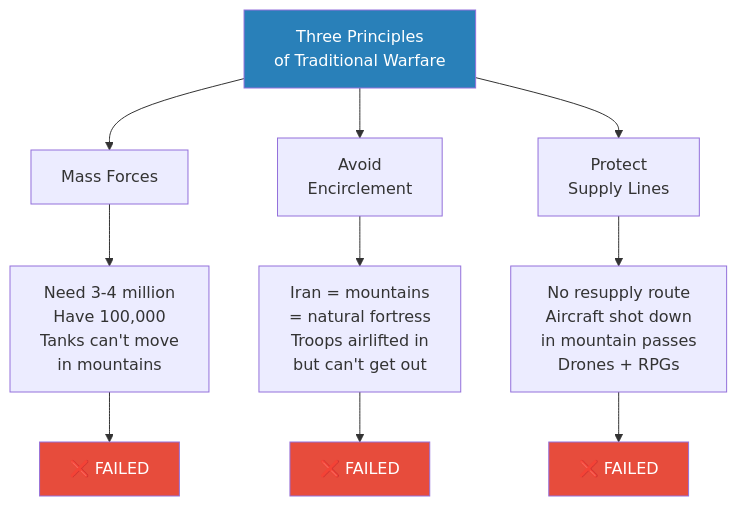
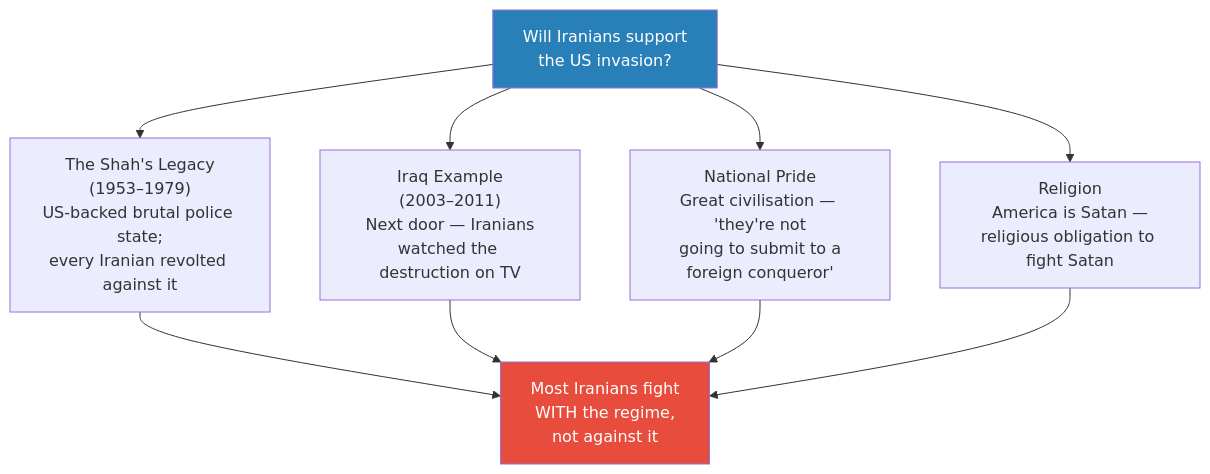
The fourth of 11 diagrams in summaries/Lectures/Geo-Strategy/08 - The Iran Trap.md (alius33/reader), drawn with Mermaid before and after one commit. The commit also changed other lines of this file and 26 other files, not shown here.

````diff
--- a/summaries/Lectures/Geo-Strategy/08 - The Iran Trap.md
+++ b/summaries/Lectures/Geo-Strategy/08 - The Iran Trap.md
@@ -241,17 +271,14 @@
 ```mermaid
 flowchart TB
-    T["Three Principles<br/>of Traditional Warfare"]
-    T --> M["Mass Forces"]
-    T --> E["Avoid<br/>Encirclement"]
-    T --> S["Protect<br/>Supply Lines"]
-    M --> MF["Need 3-4 million<br/>Have 100,000<br/>Tanks can't move<br/>in mountains"]
-    E --> EF["Iran = mountains<br/>= natural fortress<br/>Troops airlifted in<br/>but can't get out"]
-    S --> SF["No resupply route<br/>Aircraft shot down<br/>in mountain passes<br/>Drones + RPGs"]
-    MF --> X1["❌ FAILED"]
-    EF --> X2["❌ FAILED"]
-    SF --> X3["❌ FAILED"]
-    style X1 fill:#e74c3c,color:#fff
-    style X2 fill:#e74c3c,color:#fff
-    style X3 fill:#e74c3c,color:#fff
-    style T fill:#2980b9,color:#fff
+    Q["Will Iranians support<br/>the US invasion?"]
+    Q --> R1["The Shah's Legacy<br/>(1953–1979)<br/>US-backed brutal police state;<br/>every Iranian revolted against it"]
+    Q --> R2["Iraq Example<br/>(2003–2011)<br/>Next door — Iranians<br/>watched the destruction on TV"]
+    Q --> R3["National Pride<br/>Great civilisation — 'they're not<br/>going to submit to a<br/>foreign conqueror'"]
+    Q --> R4["Religion<br/>America is Satan —<br/>religious obligation to fight Satan"]
+    R1 --> NO["Most Iranians fight<br/>WITH the regime,<br/>not against it"]
+    R2 --> NO
+    R3 --> NO
+    R4 --> NO
+    style NO fill:#e74c3c,color:#fff
+    style Q fill:#2980b9,color:#fff
 ```
````
